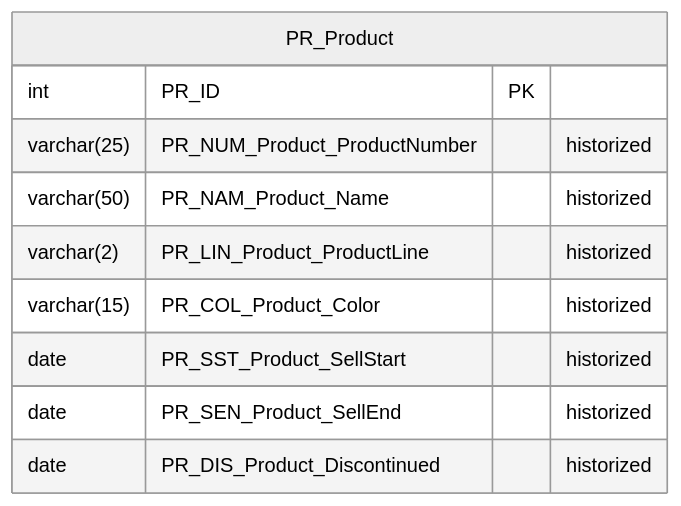
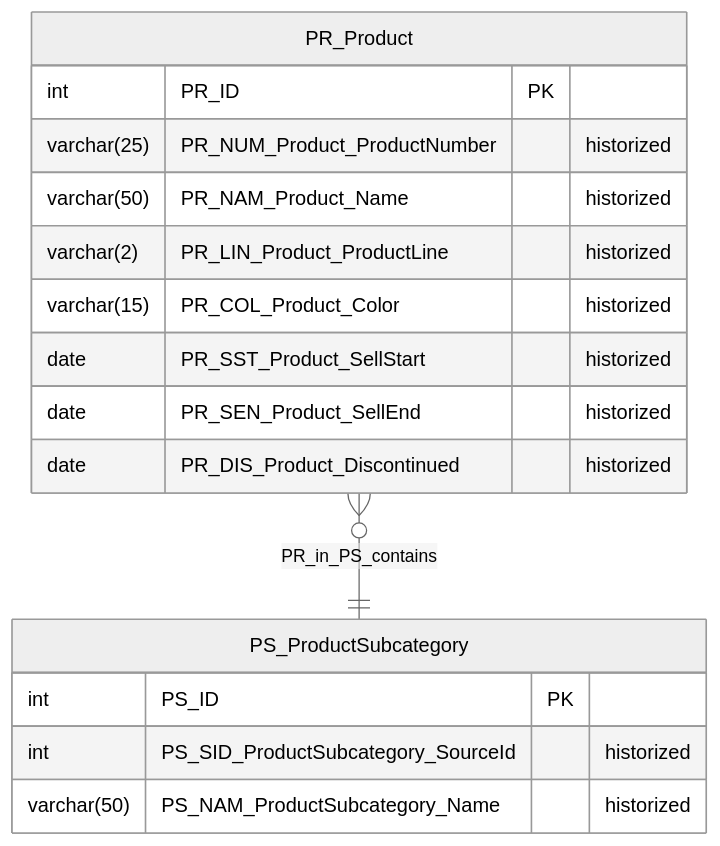
The second of 3 diagrams in README.md (mattiasthalen/declarative-data-platform), drawn with Mermaid (neutral theme) before and after one commit. The commit also changed other lines of this file and 65 other files, not shown here.

First line of the commit message:
Load the tie PR_in_PS_contains as an attribute of Product

````diff
--- a/README.md
+++ b/README.md
@@ -46,13 +46,19 @@
 ```mermaid
 erDiagram
   PR_Product {
     int PR_ID PK
     varchar(25) PR_NUM_Product_ProductNumber "historized"
     varchar(50) PR_NAM_Product_Name "historized"
     varchar(2) PR_LIN_Product_ProductLine "historized"
     varchar(15) PR_COL_Product_Color "historized"
     date PR_SST_Product_SellStart "historized"
     date PR_SEN_Product_SellEnd "historized"
     date PR_DIS_Product_Discontinued "historized"
   }
+  PS_ProductSubcategory {
+    int PS_ID PK
+    int PS_SID_ProductSubcategory_SourceId "historized"
+    varchar(50) PS_NAM_ProductSubcategory_Name "historized"
+  }
+  PR_Product }o--|| PS_ProductSubcategory : "PR_in_PS_contains"
 ```
````
